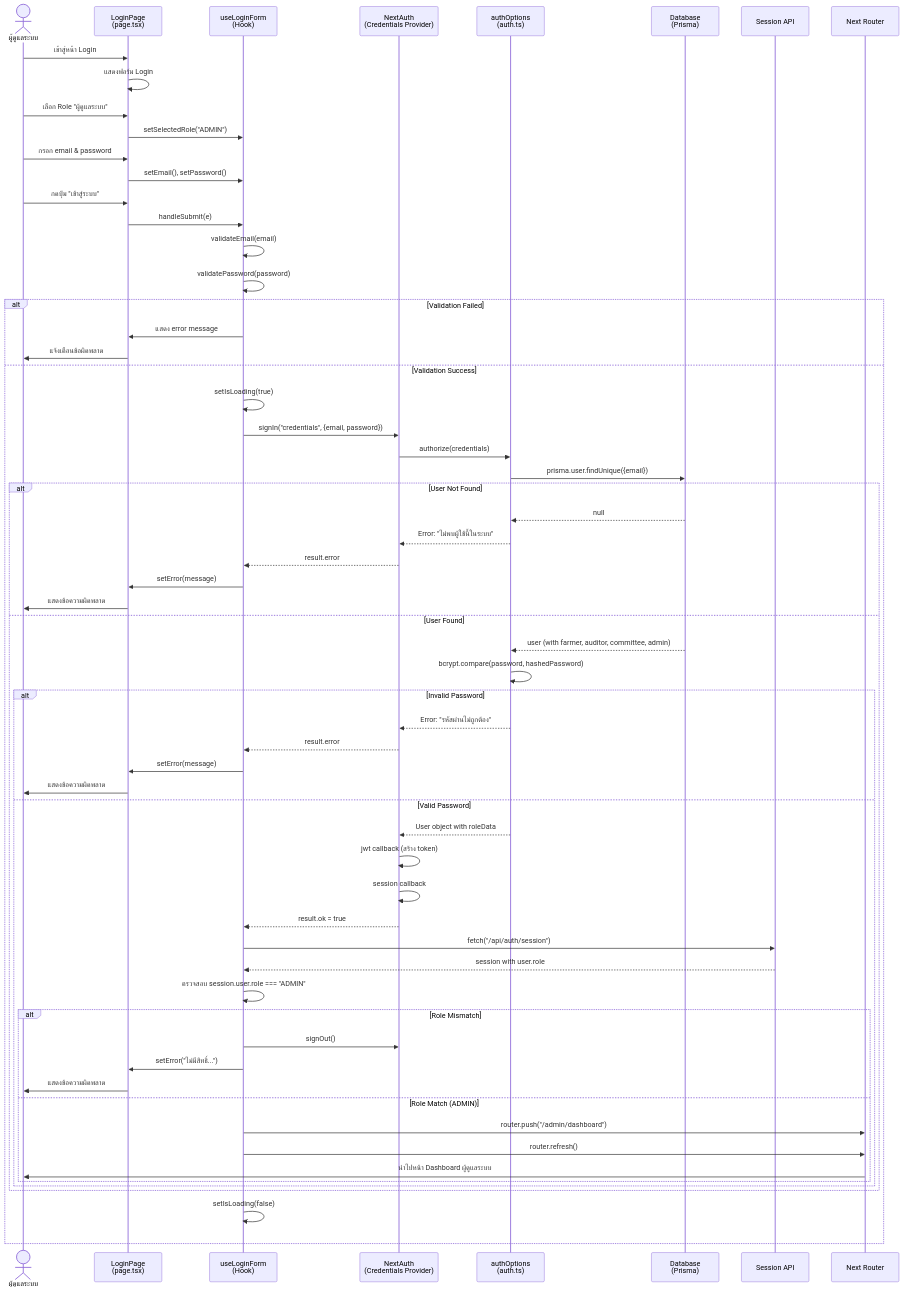
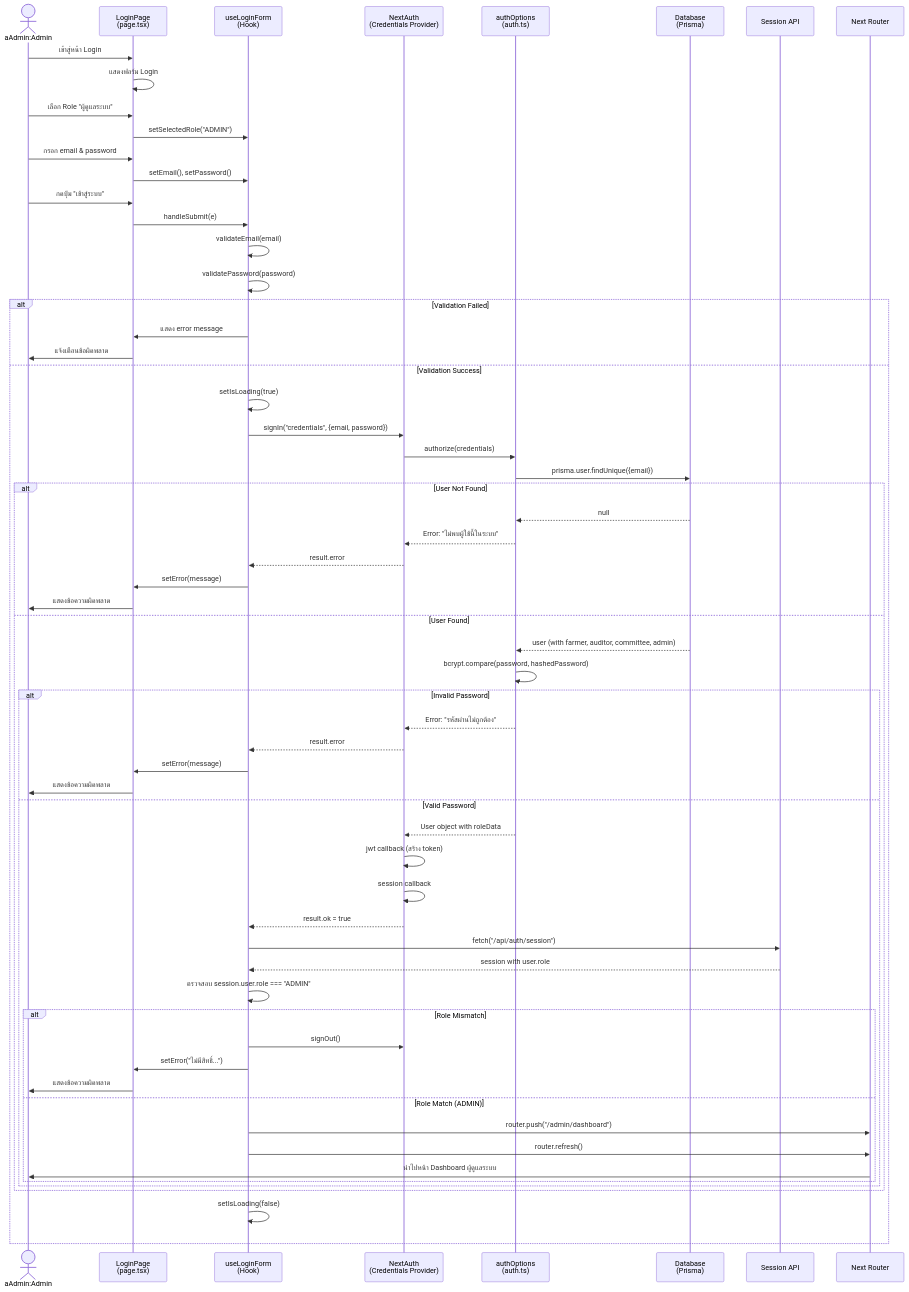
Before and after one commit to Asteriskzkx/gap-is-wa: the diagram in UML/sequenceDiagram/adminLogin/adminLogin.md, drawn with Mermaid. The commit also changed 19 other files, not shown here.

Commit message:
fix: modify sequenceDiagram for adminLogin, auditorLogin, committeeLogin and farmerLogin

````diff
--- a/UML/sequenceDiagram/adminLogin/adminLogin.md
+++ b/UML/sequenceDiagram/adminLogin/adminLogin.md
@@ -1,76 +1,76 @@
 ```mermaid
 sequenceDiagram
-    actor Admin as ผู้ดูแลระบบ
+    actor Admin as aAdmin:Admin
     participant UI as LoginPage<br/>(page.tsx)
     participant Hook as useLoginForm<br/>(Hook)
     participant NextAuth as NextAuth<br/>(Credentials Provider)
     participant Auth as authOptions<br/>(auth.ts)
     participant DB as Database<br/>(Prisma)
     participant Session as Session API
     participant Router as Next Router
 
     Admin->>UI: เข้าสู่หน้า Login
     UI->>UI: แสดงฟอร์ม Login
 
     Admin->>UI: เลือก Role "ผู้ดูแลระบบ"
     UI->>Hook: setSelectedRole("ADMIN")
 
     Admin->>UI: กรอก email & password
     UI->>Hook: setEmail(), setPassword()
 
     Admin->>UI: กดปุ่ม "เข้าสู่ระบบ"
     UI->>Hook: handleSubmit(e)
 
     Hook->>Hook: validateEmail(email)
     Hook->>Hook: validatePassword(password)
 
     alt Validation Failed
         Hook->>UI: แสดง error message
         UI->>Admin: แจ้งเตือนข้อผิดพลาด
     else Validation Success
         Hook->>Hook: setIsLoading(true)
         Hook->>NextAuth: signIn("credentials", {email, password})
 
         NextAuth->>Auth: authorize(credentials)
         Auth->>DB: prisma.user.findUnique({email})
 
         alt User Not Found
             DB-->>Auth: null
             Auth-->>NextAuth: Error: "ไม่พบผู้ใช้นี้ในระบบ"
             NextAuth-->>Hook: result.error
             Hook->>UI: setError(message)
             UI->>Admin: แสดงข้อความผิดพลาด
         else User Found
             DB-->>Auth: user (with farmer, auditor, committee, admin)
             Auth->>Auth: bcrypt.compare(password, hashedPassword)
 
             alt Invalid Password
                 Auth-->>NextAuth: Error: "รหัสผ่านไม่ถูกต้อง"
                 NextAuth-->>Hook: result.error
                 Hook->>UI: setError(message)
                 UI->>Admin: แสดงข้อความผิดพลาด
             else Valid Password
                 Auth-->>NextAuth: User object with roleData
                 NextAuth->>NextAuth: jwt callback (สร้าง token)
                 NextAuth->>NextAuth: session callback
                 NextAuth-->>Hook: result.ok = true
 
                 Hook->>Session: fetch("/api/auth/session")
                 Session-->>Hook: session with user.role
 
                 Hook->>Hook: ตรวจสอบ session.user.role === "ADMIN"
 
                 alt Role Mismatch
                     Hook->>NextAuth: signOut()
                     Hook->>UI: setError("ไม่มีสิทธิ์...")
                     UI->>Admin: แสดงข้อความผิดพลาด
                 else Role Match (ADMIN)
                     Hook->>Router: router.push("/admin/dashboard")
                     Hook->>Router: router.refresh()
                     Router->>Admin: นำไปหน้า Dashboard ผู้ดูแลระบบ
                 end
             end
         end
         Hook->>Hook: setIsLoading(false)
     end
 ```
````
